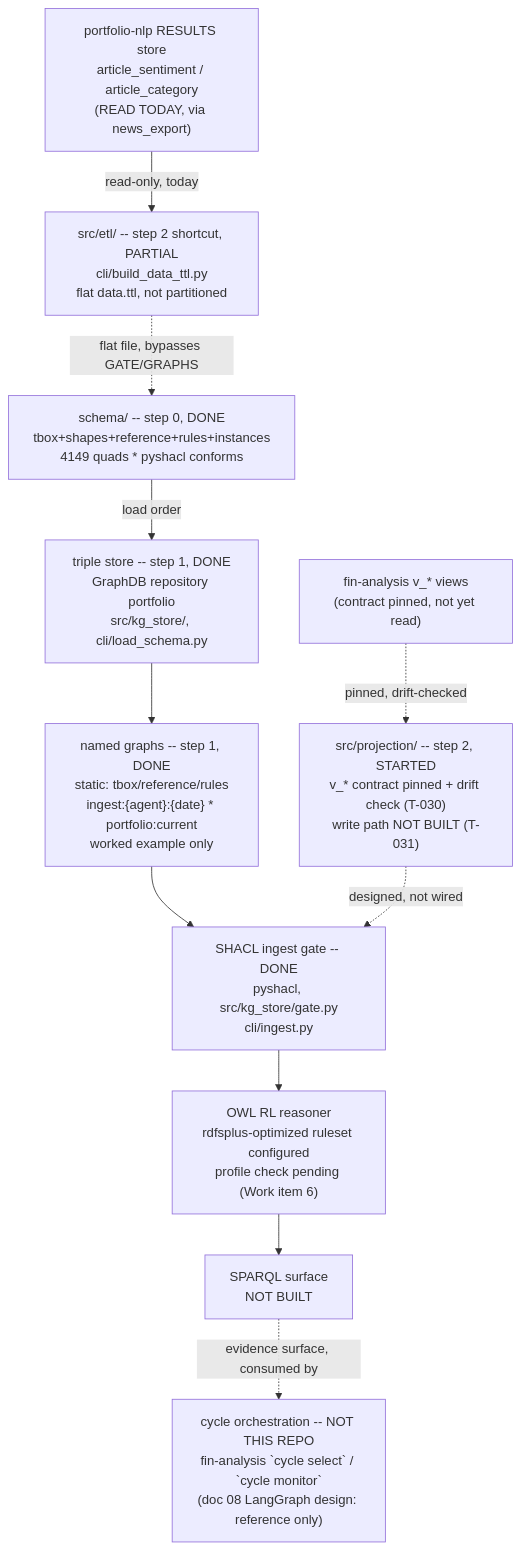
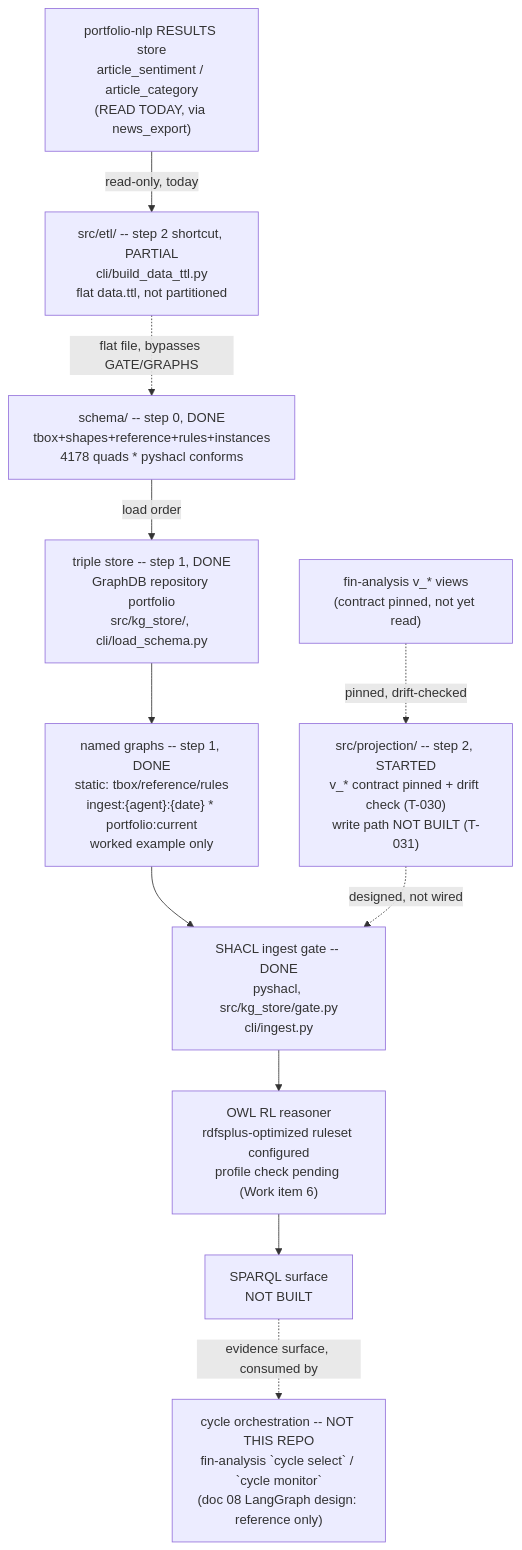
The diagram in .specify/memory/SPEC.md (gamug/portfolio-knowledge-graph), drawn with Mermaid before and after one commit. The commit also changed other lines of this file and 8 other files, not shown here.

````diff
--- a/.specify/memory/SPEC.md
+++ b/.specify/memory/SPEC.md
@@ -787,22 +787,22 @@
 ```mermaid
 flowchart TB
-    SCHEMA["schema/ -- step 0, DONE<br/>tbox+shapes+reference+rules+instances<br/>4149 quads * pyshacl conforms"]
+    SCHEMA["schema/ -- step 0, DONE<br/>tbox+shapes+reference+rules+instances<br/>4178 quads * pyshacl conforms"]
     STORE["triple store -- step 1, DONE<br/>GraphDB repository portfolio<br/>src/kg_store/, cli/load_schema.py"]
     GRAPHS["named graphs -- step 1, DONE<br/>static: tbox/reference/rules<br/>ingest:{agent}:{date} * portfolio:current<br/>worked example only"]
     GATE["SHACL ingest gate -- DONE<br/>pyshacl, src/kg_store/gate.py<br/>cli/ingest.py"]
     PROJ["src/projection/ -- step 2, STARTED<br/>v_* contract pinned + drift check (T-030)<br/>write path NOT BUILT (T-031)"]
     FIN["fin-analysis v_* views<br/>(contract pinned, not yet read)"]
     NLPRES["portfolio-nlp RESULTS store<br/>article_sentiment / article_category<br/>(READ TODAY, via news_export)"]
     ETL["src/etl/ -- step 2 shortcut, PARTIAL<br/>cli/build_data_ttl.py<br/>flat data.ttl, not partitioned"]
     REASON["OWL RL reasoner<br/>rdfsplus-optimized ruleset configured<br/>profile check pending (Work item 6)"]
     SPARQL["SPARQL surface<br/>NOT BUILT"]
     AGENTS["cycle orchestration -- NOT THIS REPO<br/>fin-analysis `cycle select` / `cycle monitor`<br/>(doc 08 LangGraph design: reference only)"]
 
     SCHEMA -->|load order| STORE --> GRAPHS --> GATE
     FIN -.->|pinned, drift-checked| PROJ
     PROJ -.->|designed, not wired| GATE
     NLPRES -->|read-only, today| ETL
     ETL -.->|flat file, bypasses GATE/GRAPHS| SCHEMA
     GATE --> REASON --> SPARQL
     SPARQL -.->|evidence surface, consumed by| AGENTS
 ```
````
